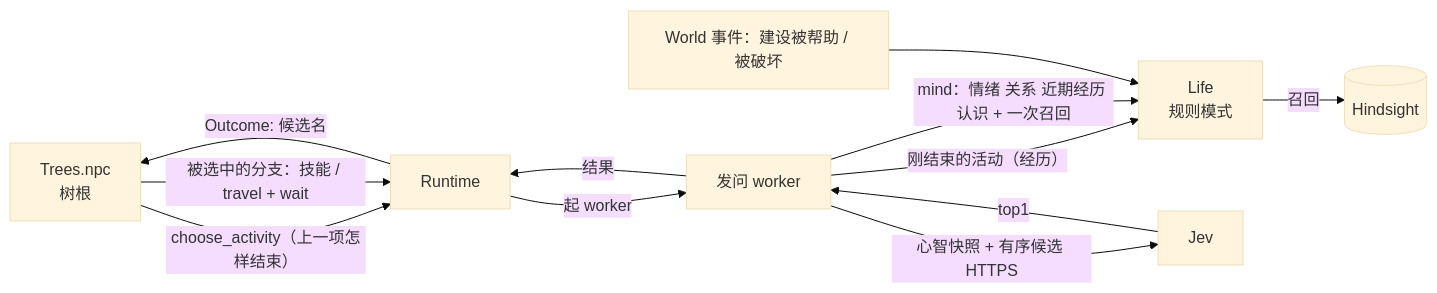
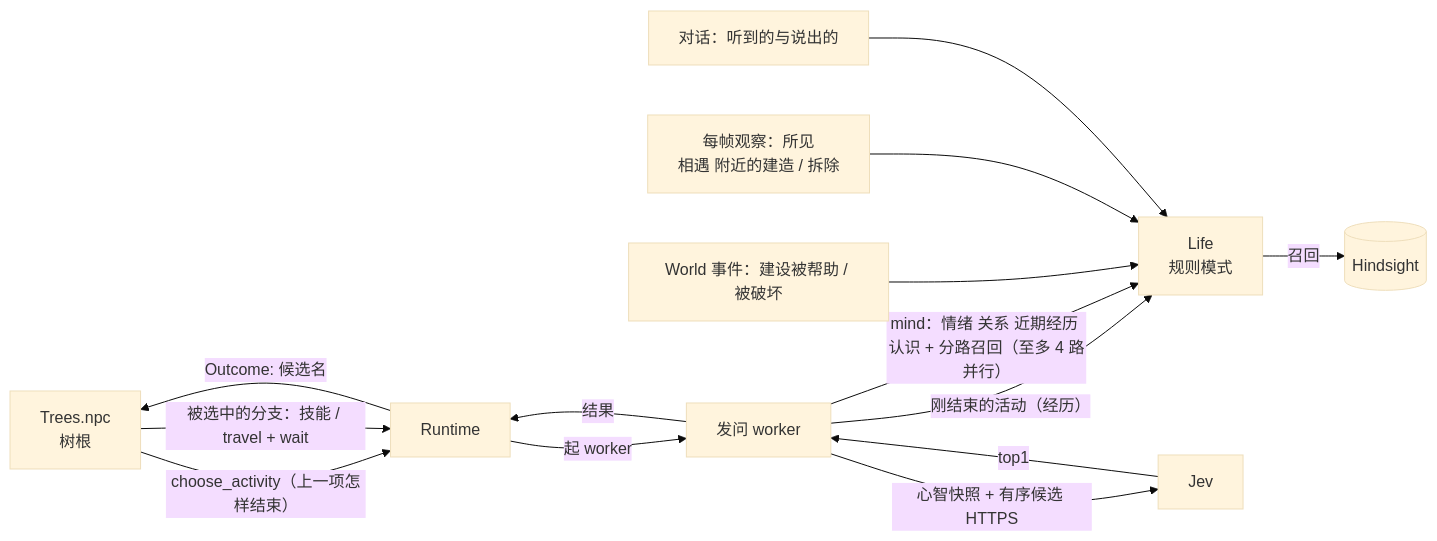
One commit to dyzdyz010/ex_mmo_cluster changed the second of 6 diagrams in apps/npc_server/lib/npc_server/README.md. Above: the diagram before and after it, drawn with Mermaid (base theme). The commit also changed other lines of this file and 8 other files, not shown here.

````diff
--- a/apps/npc_server/lib/npc_server/README.md
+++ b/apps/npc_server/lib/npc_server/README.md
@@ -383,13 +385,15 @@
 ```mermaid
 flowchart LR
   T[Trees.npc<br/>树根] -- choose_activity（上一项怎样结束） --> R[Runtime]
   R -- 起 worker --> W[发问 worker]
   W -- 刚结束的活动（经历）--> L[Life<br/>规则模式]
-  W -- mind：情绪 关系 近期经历 认识 + 一次召回 --> L
+  W -- mind：情绪 关系 近期经历 认识 + 分路召回（至多 4 路并行） --> L
   L -- 召回 --> H[(Hindsight)]
   W -- 心智快照 + 有序候选 HTTPS --> J[Jev]
   J -- top1 --> W -- 结果 --> R
   R -- Outcome: 候选名 --> T
   T -- 被选中的分支：技能 / travel + wait --> R
   World[World 事件：建设被帮助 / 被破坏] --> L
+  Obs[每帧观察：所见<br/>相遇 附近的建造 / 拆除] --> L
+  Speech[对话：听到的与说出的] --> L
 ```
````
